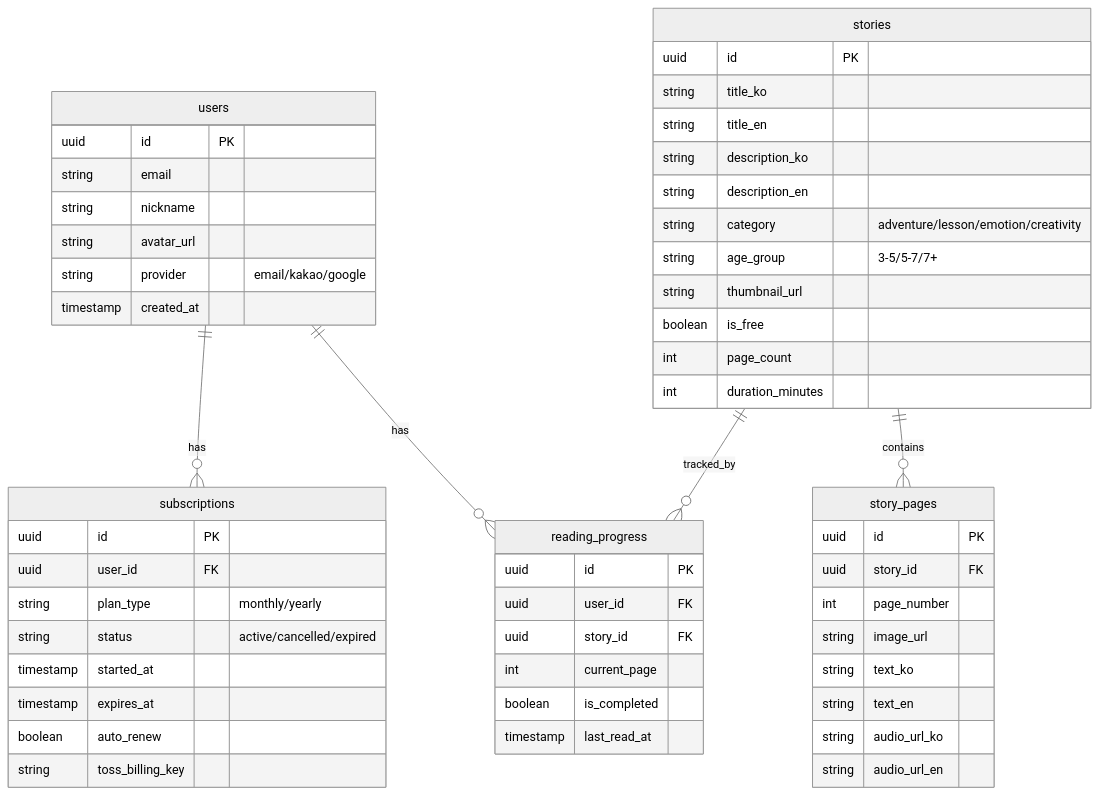
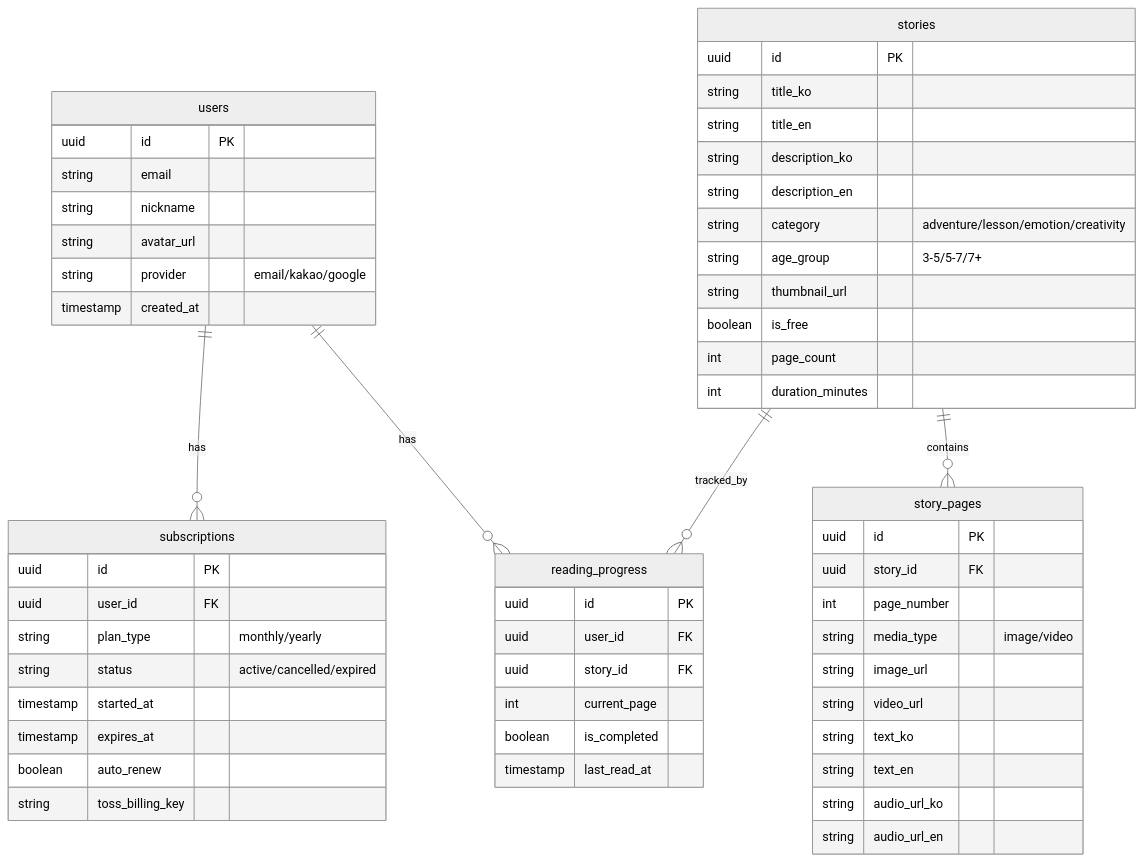
The second of 2 diagrams in CLAUDE.md (youngkim90/ddukddak-api), drawn with Mermaid (neutral theme) before and after one commit. The commit also changed other lines of this file and 9 other files, not shown here.

First line of the commit message:
feat: add media_type/video_url schema and seed data (#5)

````diff
--- a/CLAUDE.md
+++ b/CLAUDE.md
@@ -186,61 +189,63 @@
 ```mermaid
 erDiagram
     users ||--o{ subscriptions : has
     users ||--o{ reading_progress : has
     stories ||--o{ story_pages : contains
     stories ||--o{ reading_progress : tracked_by
 
     users {
         uuid id PK
         string email
         string nickname
         string avatar_url
         string provider "email/kakao/google"
         timestamp created_at
     }
 
     stories {
         uuid id PK
         string title_ko
         string title_en
         string description_ko
         string description_en
         string category "adventure/lesson/emotion/creativity"
         string age_group "3-5/5-7/7+"
         string thumbnail_url
         boolean is_free
         int page_count
         int duration_minutes
     }
 
     story_pages {
         uuid id PK
         uuid story_id FK
         int page_number
+        string media_type "image/video"
         string image_url
+        string video_url
         string text_ko
         string text_en
         string audio_url_ko
         string audio_url_en
     }
 
     subscriptions {
         uuid id PK
         uuid user_id FK
         string plan_type "monthly/yearly"
         string status "active/cancelled/expired"
         timestamp started_at
         timestamp expires_at
         boolean auto_renew
         string toss_billing_key
     }
 
     reading_progress {
         uuid id PK
         uuid user_id FK
         uuid story_id FK
         int current_page
         boolean is_completed
         timestamp last_read_at
     }
 ```
````
